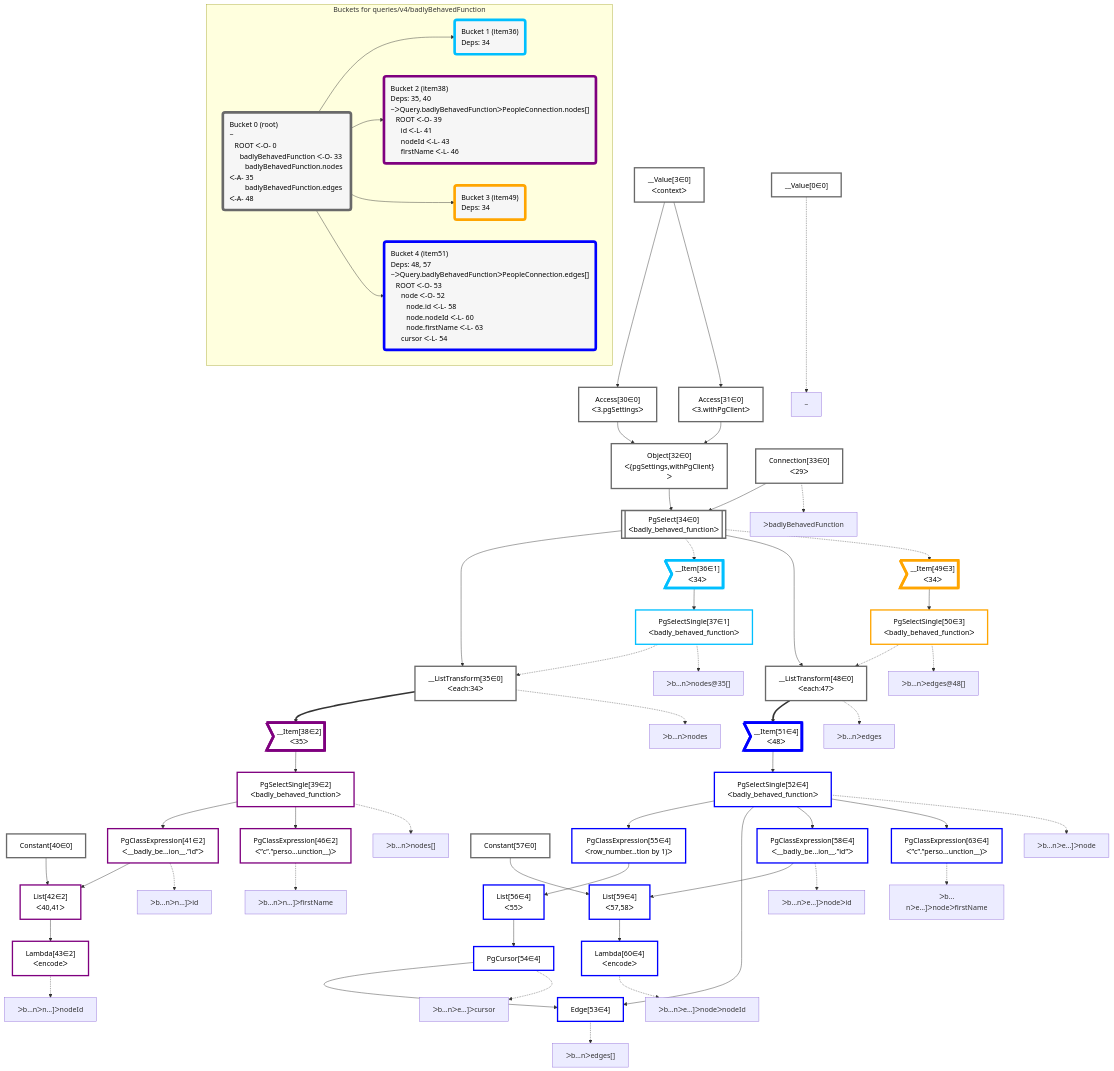
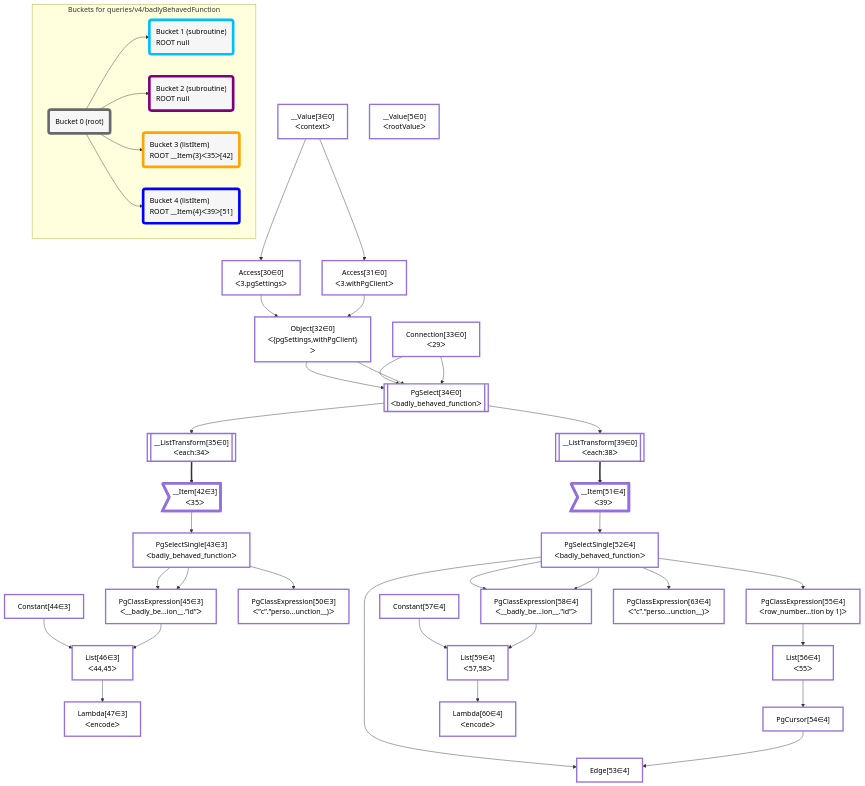
Before and after one commit to graphile/crystal: the diagram in packages/postgraphile/__tests__/queries/v4/badlyBehavedFunction.mermaid, drawn with Mermaid.

Commit message:
Update plan snapshot

```diff
--- a/packages/postgraphile/__tests__/queries/v4/badlyBehavedFunction.mermaid
+++ b/packages/postgraphile/__tests__/queries/v4/badlyBehavedFunction.mermaid
@@ -1,123 +1,84 @@
 graph TD
     classDef path fill:#eee,stroke:#000,color:#000
     classDef plan fill:#fff,stroke-width:3px,color:#000
     classDef itemplan fill:#fff,stroke-width:6px,color:#000
     classDef sideeffectplan fill:#f00,stroke-width:6px,color:#000
     classDef bucket fill:#f6f6f6,color:#000,stroke-width:6px,text-align:left
 
 
-    %% define plans
-    __Value0["__Value[0∈0]"]:::plan
+    %% define steps
     __Value3["__Value[3∈0]<br />ᐸcontextᐳ"]:::plan
+    __Value5["__Value[5∈0]<br />ᐸrootValueᐳ"]:::plan
     Access30["Access[30∈0]<br />ᐸ3.pgSettingsᐳ"]:::plan
     Access31["Access[31∈0]<br />ᐸ3.withPgClientᐳ"]:::plan
     Object32["Object[32∈0]<br />ᐸ{pgSettings,withPgClient}ᐳ"]:::plan
     Connection33["Connection[33∈0]<br />ᐸ29ᐳ"]:::plan
     PgSelect34[["PgSelect[34∈0]<br />ᐸbadly_behaved_functionᐳ"]]:::plan
-    __ListTransform35["__ListTransform[35∈0]<br />ᐸeach:34ᐳ"]:::plan
-    __Item36>"__Item[36∈1]<br />ᐸ34ᐳ"]:::itemplan
-    PgSelectSingle37["PgSelectSingle[37∈1]<br />ᐸbadly_behaved_functionᐳ"]:::plan
-    __Item38>"__Item[38∈2]<br />ᐸ35ᐳ"]:::itemplan
-    PgSelectSingle39["PgSelectSingle[39∈2]<br />ᐸbadly_behaved_functionᐳ"]:::plan
-    Constant40["Constant[40∈0]"]:::plan
-    PgClassExpression41["PgClassExpression[41∈2]<br />ᐸ__badly_be...ion__.”id”ᐳ"]:::plan
-    List42["List[42∈2]<br />ᐸ40,41ᐳ"]:::plan
-    Lambda43["Lambda[43∈2]<br />ᐸencodeᐳ"]:::plan
-    PgClassExpression46["PgClassExpression[46∈2]<br />ᐸ”c”.”perso...unction__)ᐳ"]:::plan
-    __ListTransform48["__ListTransform[48∈0]<br />ᐸeach:47ᐳ"]:::plan
-    __Item49>"__Item[49∈3]<br />ᐸ34ᐳ"]:::itemplan
-    PgSelectSingle50["PgSelectSingle[50∈3]<br />ᐸbadly_behaved_functionᐳ"]:::plan
-    __Item51>"__Item[51∈4]<br />ᐸ48ᐳ"]:::itemplan
+    __ListTransform35[["__ListTransform[35∈0]<br />ᐸeach:34ᐳ"]]:::plan
+    __ListTransform39[["__ListTransform[39∈0]<br />ᐸeach:38ᐳ"]]:::plan
+    __Item42>"__Item[42∈3]<br />ᐸ35ᐳ"]:::itemplan
+    PgSelectSingle43["PgSelectSingle[43∈3]<br />ᐸbadly_behaved_functionᐳ"]:::plan
+    Constant44["Constant[44∈3]"]:::plan
+    PgClassExpression45["PgClassExpression[45∈3]<br />ᐸ__badly_be...ion__.”id”ᐳ"]:::plan
+    List46["List[46∈3]<br />ᐸ44,45ᐳ"]:::plan
+    Lambda47["Lambda[47∈3]<br />ᐸencodeᐳ"]:::plan
+    PgClassExpression50["PgClassExpression[50∈3]<br />ᐸ”c”.”perso...unction__)ᐳ"]:::plan
+    __Item51>"__Item[51∈4]<br />ᐸ39ᐳ"]:::itemplan
     PgSelectSingle52["PgSelectSingle[52∈4]<br />ᐸbadly_behaved_functionᐳ"]:::plan
     PgClassExpression55["PgClassExpression[55∈4]<br />ᐸrow_number...tion by 1)ᐳ"]:::plan
     List56["List[56∈4]<br />ᐸ55ᐳ"]:::plan
     PgCursor54["PgCursor[54∈4]"]:::plan
     Edge53["Edge[53∈4]"]:::plan
-    Constant57["Constant[57∈0]"]:::plan
+    Constant57["Constant[57∈4]"]:::plan
     PgClassExpression58["PgClassExpression[58∈4]<br />ᐸ__badly_be...ion__.”id”ᐳ"]:::plan
     List59["List[59∈4]<br />ᐸ57,58ᐳ"]:::plan
     Lambda60["Lambda[60∈4]<br />ᐸencodeᐳ"]:::plan
     PgClassExpression63["PgClassExpression[63∈4]<br />ᐸ”c”.”perso...unction__)ᐳ"]:::plan
 
     %% plan dependencies
     __Value3 --> Access30
     __Value3 --> Access31
     Access30 & Access31 --> Object32
     Object32 & Connection33 --> PgSelect34
+    Object32 & Connection33 --> PgSelect34
     PgSelect34 --> __ListTransform35
-    PgSelectSingle37 -.-> __ListTransform35
-    PgSelect34 -.-> __Item36
-    __Item36 --> PgSelectSingle37
-    __ListTransform35 ==> __Item38
-    __Item38 --> PgSelectSingle39
-    PgSelectSingle39 --> PgClassExpression41
-    Constant40 & PgClassExpression41 --> List42
-    List42 --> Lambda43
-    PgSelectSingle39 --> PgClassExpression46
-    PgSelect34 --> __ListTransform48
-    PgSelectSingle50 -.-> __ListTransform48
-    PgSelect34 -.-> __Item49
-    __Item49 --> PgSelectSingle50
-    __ListTransform48 ==> __Item51
+    PgSelect34 --> __ListTransform39
+    __ListTransform35 ==> __Item42
+    __Item42 --> PgSelectSingle43
+    PgSelectSingle43 --> PgClassExpression45
+    PgSelectSingle43 --> PgClassExpression45
+    Constant44 & PgClassExpression45 --> List46
+    List46 --> Lambda47
+    PgSelectSingle43 --> PgClassExpression50
+    __ListTransform39 ==> __Item51
     __Item51 --> PgSelectSingle52
     PgSelectSingle52 --> PgClassExpression55
     PgClassExpression55 --> List56
     List56 --> PgCursor54
     PgSelectSingle52 & PgCursor54 --> Edge53
     PgSelectSingle52 --> PgClassExpression58
+    PgSelectSingle52 --> PgClassExpression58
     Constant57 & PgClassExpression58 --> List59
     List59 --> Lambda60
     PgSelectSingle52 --> PgClassExpression63
 
     %% plan-to-path relationships
-    P0["~"]
-    __Value0 -.-> P0
-    P33["ᐳbadlyBehavedFunction"]
-    Connection33 -.-> P33
-    P35["ᐳb…nᐳnodes"]
-    __ListTransform35 -.-> P35
-    P37["ᐳb…nᐳnodes@35[]"]
-    PgSelectSingle37 -.-> P37
-    P39["ᐳb…nᐳnodes[]"]
-    PgSelectSingle39 -.-> P39
-    P41["ᐳb…nᐳn…]ᐳid"]
-    PgClassExpression41 -.-> P41
-    P43["ᐳb…nᐳn…]ᐳnodeId"]
-    Lambda43 -.-> P43
-    P46["ᐳb…nᐳn…]ᐳfirstName"]
-    PgClassExpression46 -.-> P46
-    P48["ᐳb…nᐳedges"]
-    __ListTransform48 -.-> P48
-    P50["ᐳb…nᐳedges@48[]"]
-    PgSelectSingle50 -.-> P50
-    P52["ᐳb…nᐳe…]ᐳnode"]
-    PgSelectSingle52 -.-> P52
-    P53["ᐳb…nᐳedges[]"]
-    Edge53 -.-> P53
-    P54["ᐳb…nᐳe…]ᐳcursor"]
-    PgCursor54 -.-> P54
-    P58["ᐳb…nᐳe…]ᐳnodeᐳid"]
-    PgClassExpression58 -.-> P58
-    P60["ᐳb…nᐳe…]ᐳnodeᐳnodeId"]
-    Lambda60 -.-> P60
-    P63["ᐳb…nᐳe…]ᐳnodeᐳfirstName"]
-    PgClassExpression63 -.-> P63
 
     subgraph "Buckets for queries/v4/badlyBehavedFunction"
-    Bucket0("Bucket 0 (root)<br />~<br />⠀ROOT ᐸ-O- 0<br />⠀⠀badlyBehavedFunction ᐸ-O- 33<br />⠀⠀⠀badlyBehavedFunction.nodes ᐸ-A- 35<br />⠀⠀⠀badlyBehavedFunction.edges ᐸ-A- 48"):::bucket
+    Bucket0("Bucket 0 (root)"):::bucket
     classDef bucket0 stroke:#696969
-    class Bucket0,__Value0,__Value3,Access30,Access31,Object32,Connection33,PgSelect34,__ListTransform35,Constant40,__ListTransform48,Constant57 bucket0
-    Bucket1("Bucket 1 (item36)<br />Deps: 34"):::bucket
+    class Bucket0 bucket0
+    Bucket1("Bucket 1 (subroutine)<br />ROOT null"):::bucket
     classDef bucket1 stroke:#00bfff
-    class Bucket1,__Item36,PgSelectSingle37 bucket1
-    Bucket2("Bucket 2 (item38)<br />Deps: 35, 40<br />~ᐳQuery.badlyBehavedFunctionᐳPeopleConnection.nodes[]<br />⠀ROOT ᐸ-O- 39<br />⠀⠀id ᐸ-L- 41<br />⠀⠀nodeId ᐸ-L- 43<br />⠀⠀firstName ᐸ-L- 46"):::bucket
+    class Bucket1 bucket1
+    Bucket2("Bucket 2 (subroutine)<br />ROOT null"):::bucket
     classDef bucket2 stroke:#7f007f
-    class Bucket2,__Item38,PgSelectSingle39,PgClassExpression41,List42,Lambda43,PgClassExpression46 bucket2
-    Bucket3("Bucket 3 (item49)<br />Deps: 34"):::bucket
+    class Bucket2 bucket2
+    Bucket3("Bucket 3 (listItem)<br />ROOT __Item{3}ᐸ35ᐳ[42]"):::bucket
     classDef bucket3 stroke:#ffa500
-    class Bucket3,__Item49,PgSelectSingle50 bucket3
-    Bucket4("Bucket 4 (item51)<br />Deps: 48, 57<br />~ᐳQuery.badlyBehavedFunctionᐳPeopleConnection.edges[]<br />⠀ROOT ᐸ-O- 53<br />⠀⠀node ᐸ-O- 52<br />⠀⠀⠀node.id ᐸ-L- 58<br />⠀⠀⠀node.nodeId ᐸ-L- 60<br />⠀⠀⠀node.firstName ᐸ-L- 63<br />⠀⠀cursor ᐸ-L- 54"):::bucket
+    class Bucket3 bucket3
+    Bucket4("Bucket 4 (listItem)<br />ROOT __Item{4}ᐸ39ᐳ[51]"):::bucket
     classDef bucket4 stroke:#0000ff
-    class Bucket4,__Item51,PgSelectSingle52,Edge53,PgCursor54,PgClassExpression55,List56,PgClassExpression58,List59,Lambda60,PgClassExpression63 bucket4
+    class Bucket4 bucket4
     Bucket0 --> Bucket1 & Bucket2 & Bucket3 & Bucket4
     end
```
